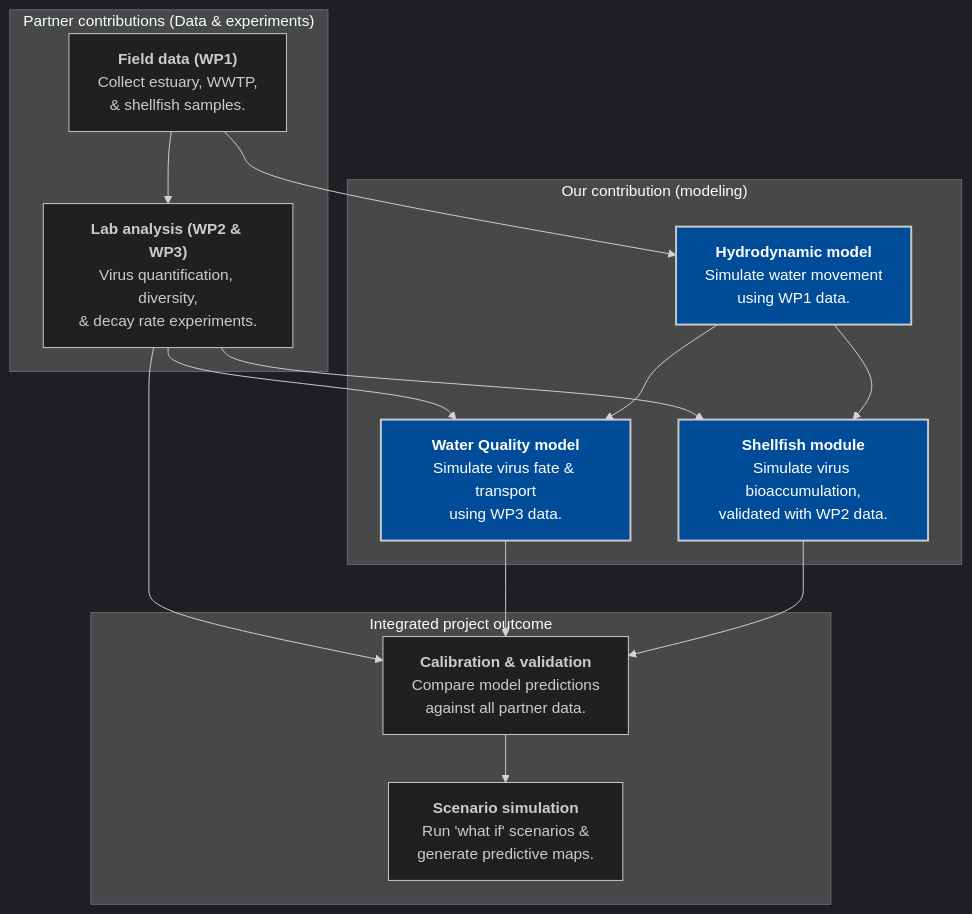
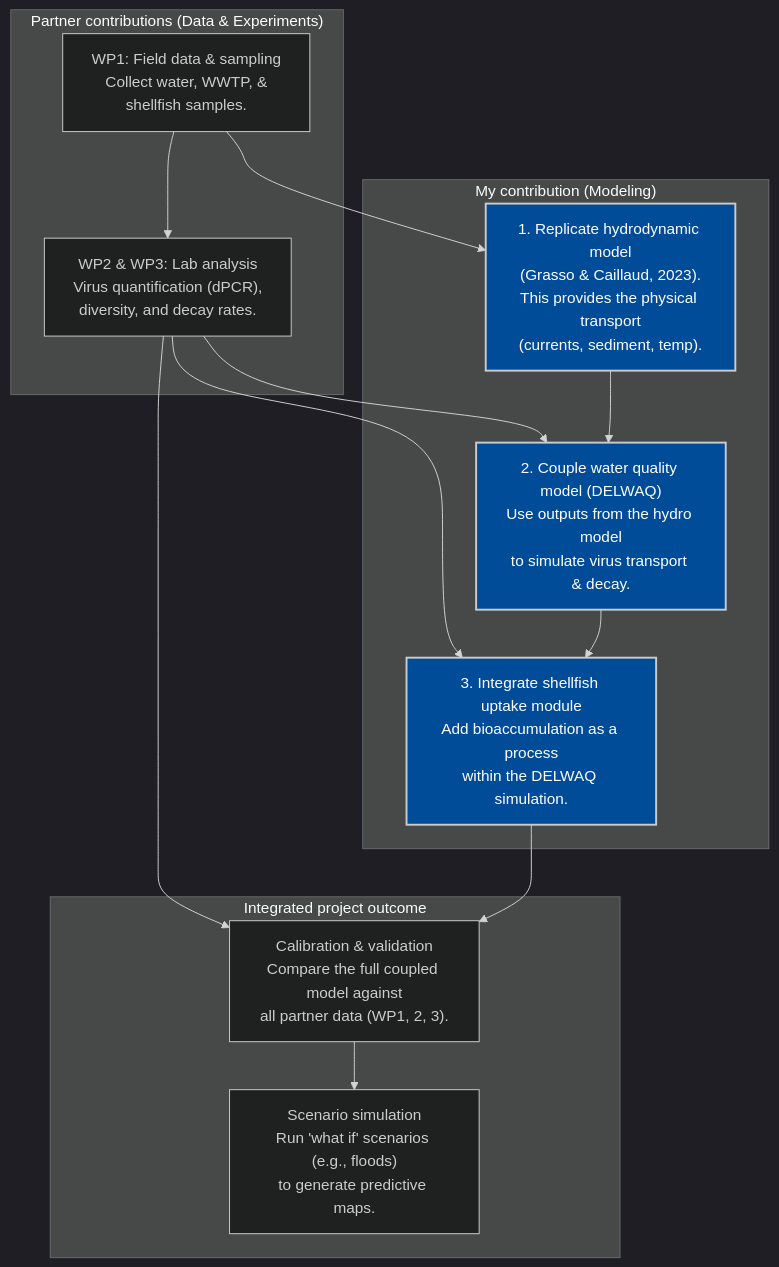
One commit to microstijn/PreVirS changed the diagram in README.md. Above: the diagram before and after it, drawn with Mermaid. The commit also changed other lines of this file, not shown here.

````diff
--- a/README.md
+++ b/README.md
@@ -1,38 +19,37 @@
 ```mermaid
 
 %%{init: {'theme': 'dark', 'themeVariables': {'background': '#002060'}}}%%
 graph TD
-    subgraph "Partner contributions (Data & experiments)"
-        A["<b>Field data (WP1)</b><br>Collect estuary, WWTP,<br>& shellfish samples."]
-        B["<b>Lab analysis (WP2 & WP3)</b><br>Virus quantification, diversity,<br>& decay rate experiments."]
+    subgraph "Partner contributions (Data & Experiments)"
+        A["WP1: Field data & sampling<br>Collect water, WWTP, &<br>shellfish samples."]
+        B["WP2 & WP3: Lab analysis<br>Virus quantification (dPCR),<br>diversity, and decay rates."]
     end
 
-    subgraph "Our contribution (modeling)"
-        C["<b>Hydrodynamic model</b><br>Simulate water movement<br>using WP1 data."]
-        D["<b>Water Quality model</b><br>Simulate virus fate & transport<br>using WP3 data."]
-        E["<b>Shellfish module</b><br>Simulate virus bioaccumulation,<br>validated with WP2 data."]
+    subgraph "My contribution (Modeling)"
+        C["1. Replicate hydrodynamic model<br>(Grasso & Caillaud, 2023).<br>This provides the physical transport<br>(currents, sediment, temp)."]
+        D["2. Couple water quality model (DELWAQ)<br>Use outputs from the hydro model<br>to simulate virus transport & decay."]
+        E["3. Integrate shellfish uptake module<br>Add bioaccumulation as a process<br>within the DELWAQ simulation."]
     end
 
     subgraph "Integrated project outcome"
-        F["<b>Calibration & validation</b><br>Compare model predictions<br>against all partner data."]
-        G["<b>Scenario simulation</b><br>Run 'what if' scenarios &<br>generate predictive maps."]
+        F["Calibration & validation<br>Compare the full coupled model against<br>all partner data (WP1, 2, 3)."]
+        G["Scenario simulation<br>Run 'what if' scenarios (e.g., floods)<br>to generate predictive maps."]
     end
 
     A --> C
     A --> B
     B --> D
     B --> E
     B --> F
     C --> D
-    C --> E
-    D --> F
+    D --> E
     E --> F
     F --> G
 
     style C fill:#004c99,stroke:#ccc,stroke-width:2px,color:#fff
     style D fill:#004c99,stroke:#ccc,stroke-width:2px,color:#fff
     style E fill:#004c99,stroke:#ccc,stroke-width:2px,color:#fff
 
 
 
 ```
````
